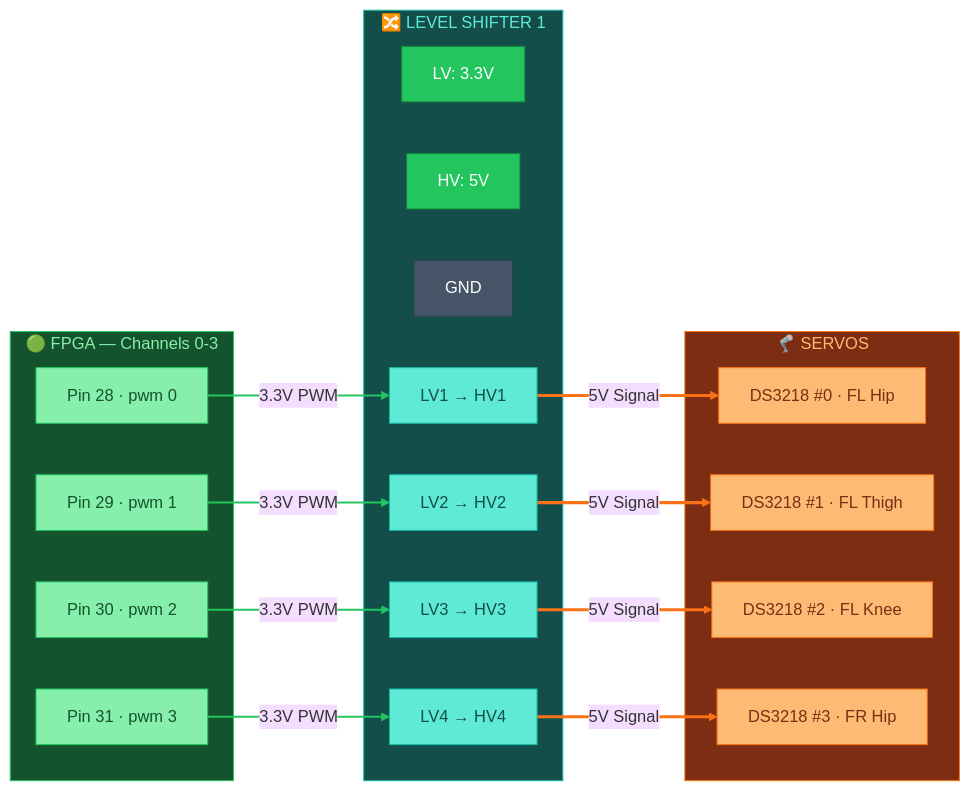
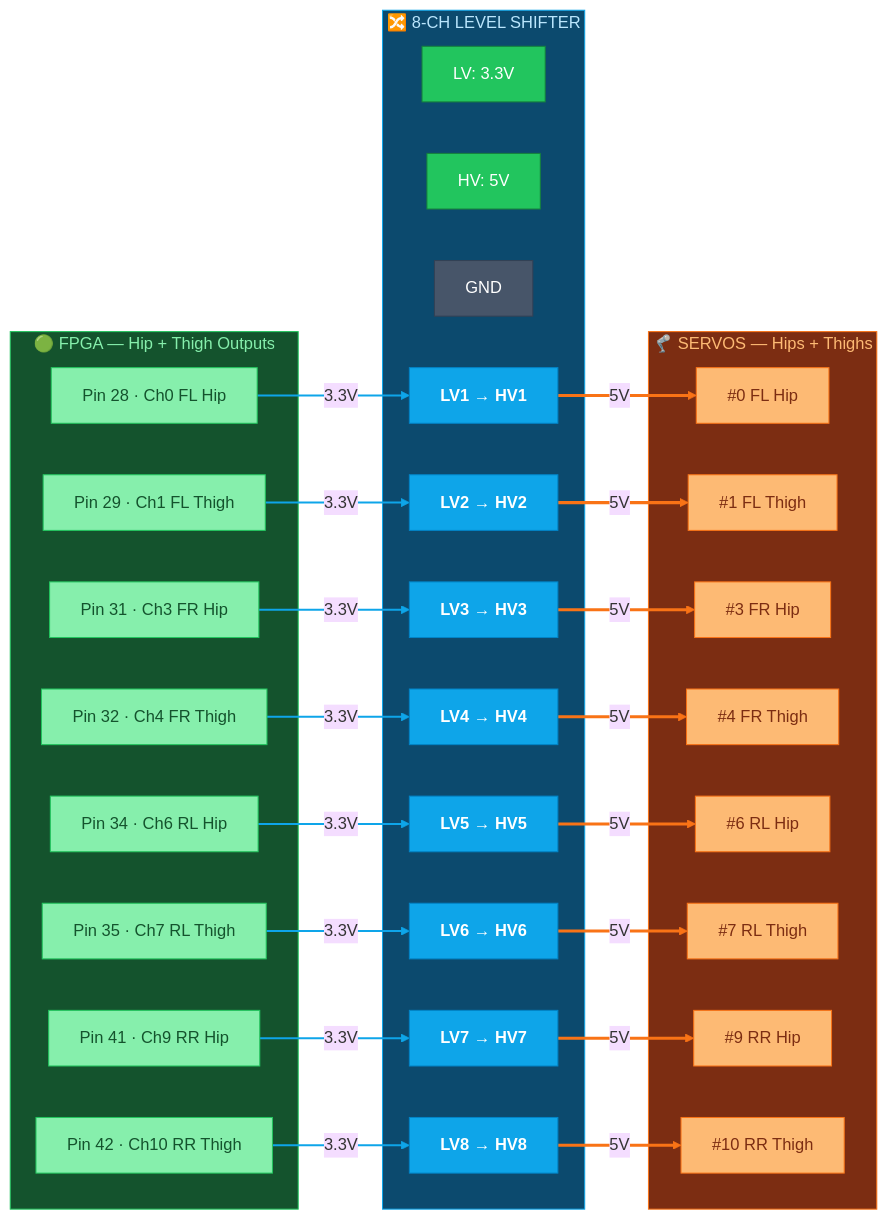
Before and after one commit to Major-Project-001/VIGIL-RQ: the third of 4 diagrams in control/docs/wiring_pwm.md, drawn with Mermaid (base theme). The commit also changed other lines of this file and 1 other file, not shown here.

Commit message:
docs: update PWM wiring for 8-ch + 4-ch level shifters, knees grouped on 4-ch

````diff
--- a/control/docs/wiring_pwm.md
+++ b/control/docs/wiring_pwm.md
@@ -219,49 +221,69 @@
 ```mermaid
 graph LR
     classDef fpgaPin fill:#86efac,stroke:#22c55e,color:#14532d
-    classDef lsPin fill:#5eead4,stroke:#14b8a6,color:#134e4a
+    classDef ls8 fill:#0ea5e9,stroke:#0284c7,color:#fff,font-weight:bold
     classDef servoPin fill:#fdba74,stroke:#f97316,color:#7c2d12
     classDef vcc fill:#22c55e,stroke:#15803d,color:#fff
     classDef gnd fill:#475569,stroke:#334155,color:#fff
 
-    subgraph FPGA_C03["🟢 FPGA — Channels 0-3"]
-        FA0["Pin 28 · pwm 0"]:::fpgaPin
-        FA1["Pin 29 · pwm 1"]:::fpgaPin
-        FA2["Pin 30 · pwm 2"]:::fpgaPin
-        FA3["Pin 31 · pwm 3"]:::fpgaPin
+    subgraph FPGA_HT["🟢 FPGA — Hip + Thigh Outputs"]
+        FA0["Pin 28 · Ch0 FL Hip"]:::fpgaPin
+        FA1["Pin 29 · Ch1 FL Thigh"]:::fpgaPin
+        FA3["Pin 31 · Ch3 FR Hip"]:::fpgaPin
+        FA4["Pin 32 · Ch4 FR Thigh"]:::fpgaPin
+        FA6["Pin 34 · Ch6 RL Hip"]:::fpgaPin
+        FA7["Pin 35 · Ch7 RL Thigh"]:::fpgaPin
+        FA9["Pin 41 · Ch9 RR Hip"]:::fpgaPin
+        FA10["Pin 42 · Ch10 RR Thigh"]:::fpgaPin
     end
 
-    subgraph LS1_D["🔀 LEVEL SHIFTER 1"]
+    subgraph LS1_D["🔀 8-CH LEVEL SHIFTER"]
         LS1D_LV["LV: 3.3V"]:::vcc
         LS1D_HV["HV: 5V"]:::vcc
         LS1D_GND["GND"]:::gnd
-        LS1D_A1["LV1 → HV1"]:::lsPin
-        LS1D_A2["LV2 → HV2"]:::lsPin
-        LS1D_A3["LV3 → HV3"]:::lsPin
-        LS1D_A4["LV4 → HV4"]:::lsPin
+        LS1D_1["LV1 → HV1"]:::ls8
+        LS1D_2["LV2 → HV2"]:::ls8
+        LS1D_3["LV3 → HV3"]:::ls8
+        LS1D_4["LV4 → HV4"]:::ls8
+        LS1D_5["LV5 → HV5"]:::ls8
+        LS1D_6["LV6 → HV6"]:::ls8
+        LS1D_7["LV7 → HV7"]:::ls8
+        LS1D_8["LV8 → HV8"]:::ls8
     end
 
-    subgraph SRV1["🦿 SERVOS"]
-        SA0["DS3218 #0 · FL Hip"]:::servoPin
-        SA1["DS3218 #1 · FL Thigh"]:::servoPin
-        SA2["DS3218 #2 · FL Knee"]:::servoPin
-        SA3["DS3218 #3 · FR Hip"]:::servoPin
+    subgraph SRV_HT["🦿 SERVOS — Hips + Thighs"]
+        S0["#0 FL Hip"]:::servoPin
+        S1["#1 FL Thigh"]:::servoPin
+        S3["#3 FR Hip"]:::servoPin
+        S4["#4 FR Thigh"]:::servoPin
+        S6["#6 RL Hip"]:::servoPin
+        S7["#7 RL Thigh"]:::servoPin
+        S9["#9 RR Hip"]:::servoPin
+        S10["#10 RR Thigh"]:::servoPin
     end
 
-    FA0 -->|"3.3V PWM"| LS1D_A1
-    FA1 -->|"3.3V PWM"| LS1D_A2
-    FA2 -->|"3.3V PWM"| LS1D_A3
-    FA3 -->|"3.3V PWM"| LS1D_A4
+    FA0 -->|"3.3V"| LS1D_1
+    FA1 -->|"3.3V"| LS1D_2
+    FA3 -->|"3.3V"| LS1D_3
+    FA4 -->|"3.3V"| LS1D_4
+    FA6 -->|"3.3V"| LS1D_5
+    FA7 -->|"3.3V"| LS1D_6
+    FA9 -->|"3.3V"| LS1D_7
+    FA10 -->|"3.3V"| LS1D_8
 
-    LS1D_A1 ==>|"5V Signal"| SA0
-    LS1D_A2 ==>|"5V Signal"| SA1
-    LS1D_A3 ==>|"5V Signal"| SA2
-    LS1D_A4 ==>|"5V Signal"| SA3
+    LS1D_1 ==>|"5V"| S0
+    LS1D_2 ==>|"5V"| S1
+    LS1D_3 ==>|"5V"| S3
+    LS1D_4 ==>|"5V"| S4
+    LS1D_5 ==>|"5V"| S6
+    LS1D_6 ==>|"5V"| S7
+    LS1D_7 ==>|"5V"| S9
+    LS1D_8 ==>|"5V"| S10
 
-    linkStyle 0,1,2,3 stroke:#22c55e,stroke-width:2px
-    linkStyle 4,5,6,7 stroke:#f97316,stroke-width:3px
+    linkStyle 0,1,2,3,4,5,6,7 stroke:#0ea5e9,stroke-width:2px
+    linkStyle 8,9,10,11,12,13,14,15 stroke:#f97316,stroke-width:3px
 
-    style FPGA_C03 fill:#14532d,stroke:#22c55e,color:#86efac
-    style LS1_D fill:#134e4a,stroke:#14b8a6,color:#5eead4
-    style SRV1 fill:#7c2d12,stroke:#f97316,color:#fdba74
+    style FPGA_HT fill:#14532d,stroke:#22c55e,color:#86efac
+    style LS1_D fill:#0c4a6e,stroke:#0ea5e9,color:#bae6fd
+    style SRV_HT fill:#7c2d12,stroke:#f97316,color:#fdba74
 ```
````
